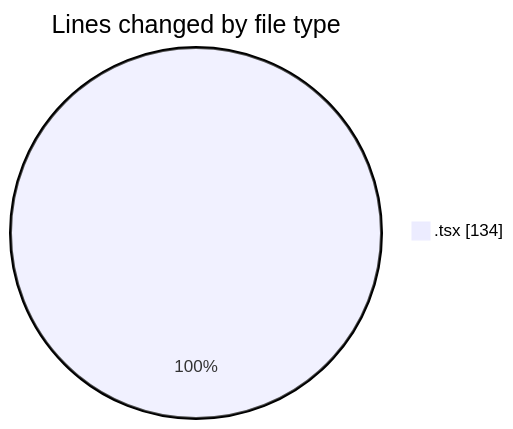
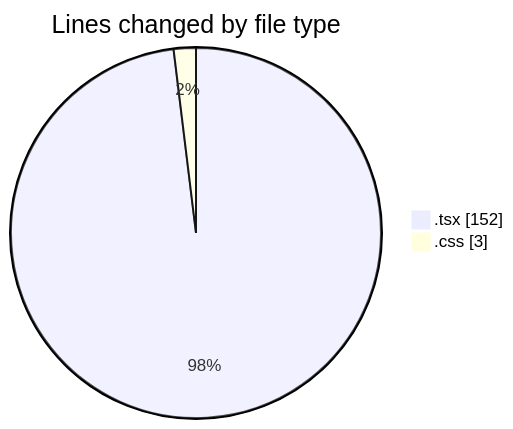
One commit to EIIisD/code-tracking changed the first of 2 diagrams in 2025-08-12/ribbon/README.md. Above: the diagram before and after it, drawn with Mermaid. The commit also changed other lines of this file and 1 other file, not shown here.

````diff
--- a/2025-08-12/ribbon/README.md
+++ b/2025-08-12/ribbon/README.md
@@ -20,5 +22,6 @@
 ```mermaid
 pie showData
 title Lines changed by file type
-".tsx" : 134
+".tsx" : 152
+".css" : 3
 ```
````
